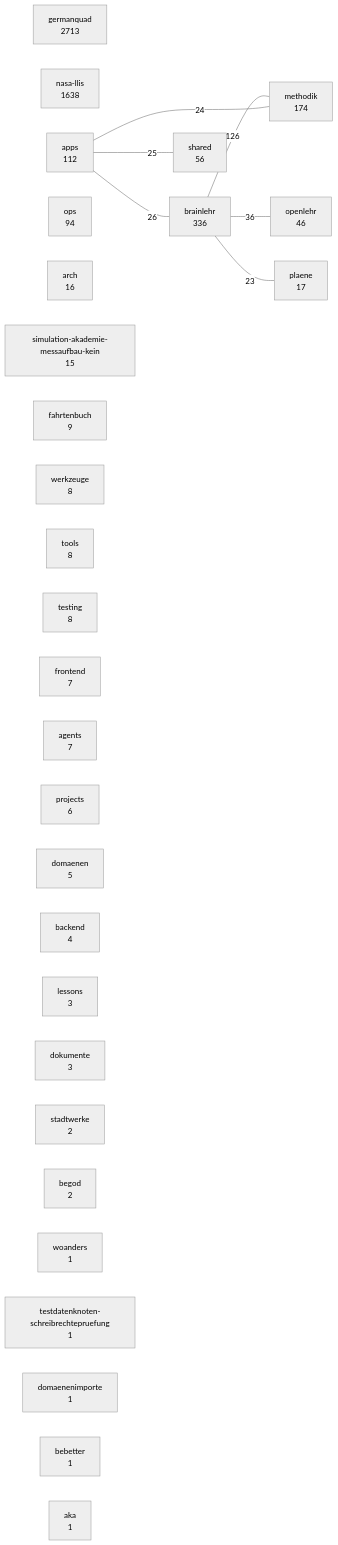
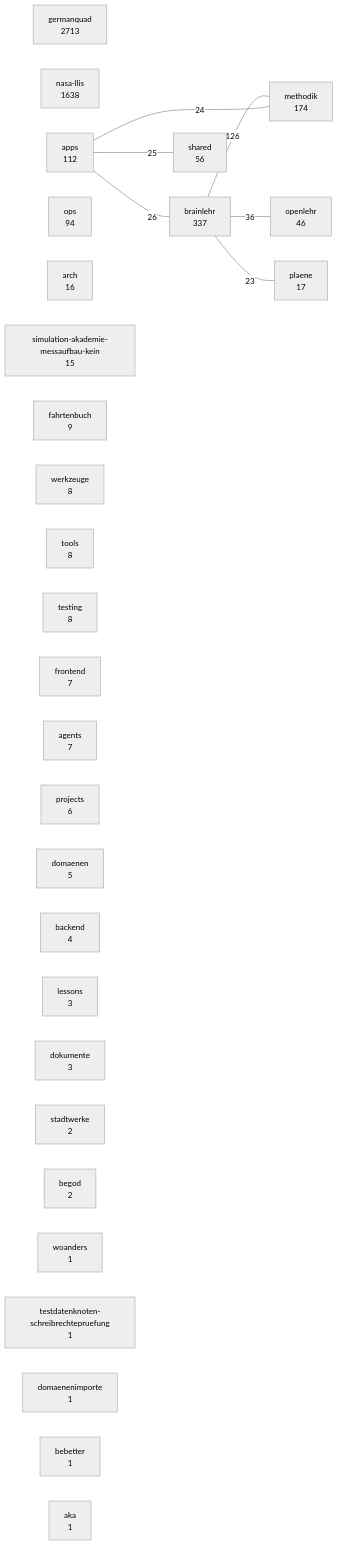
One commit to 3lehr/brainlehr changed the diagram in docs/karten/bestand.md. Above: the diagram before and after it, drawn with Mermaid (neutral theme). The commit also changed 25 other files, not shown here.

````diff
--- a/docs/karten/bestand.md
+++ b/docs/karten/bestand.md
@@ -5,38 +5,38 @@
 ```mermaid
 graph LR
   germanquad["germanquad<br/>2713"]
   nasa_llis["nasa-llis<br/>1638"]
-  brainlehr["brainlehr<br/>336"]
+  brainlehr["brainlehr<br/>337"]
   methodik["methodik<br/>174"]
   apps["apps<br/>112"]
   ops["ops<br/>94"]
   shared["shared<br/>56"]
   openlehr["openlehr<br/>46"]
   plaene["plaene<br/>17"]
   arch["arch<br/>16"]
   simulation_akademie_messaufbau_kein["simulation-akademie-messaufbau-kein<br/>15"]
   fahrtenbuch["fahrtenbuch<br/>9"]
   werkzeuge["werkzeuge<br/>8"]
   tools["tools<br/>8"]
   testing["testing<br/>8"]
   frontend["frontend<br/>7"]
   agents["agents<br/>7"]
   projects["projects<br/>6"]
   domaenen["domaenen<br/>5"]
   backend["backend<br/>4"]
   lessons["lessons<br/>3"]
   dokumente["dokumente<br/>3"]
   stadtwerke["stadtwerke<br/>2"]
   begod["begod<br/>2"]
   woanders["woanders<br/>1"]
   testdatenknoten_schreibrechtepruefung["testdatenknoten-schreibrechtepruefung<br/>1"]
   domaenenimporte["domaenenimporte<br/>1"]
   bebetter["bebetter<br/>1"]
   aka["aka<br/>1"]
   brainlehr ---|126| methodik
   brainlehr ---|36| openlehr
   apps ---|26| brainlehr
   apps ---|25| shared
   apps ---|24| methodik
   brainlehr ---|23| plaene
 ```
````
